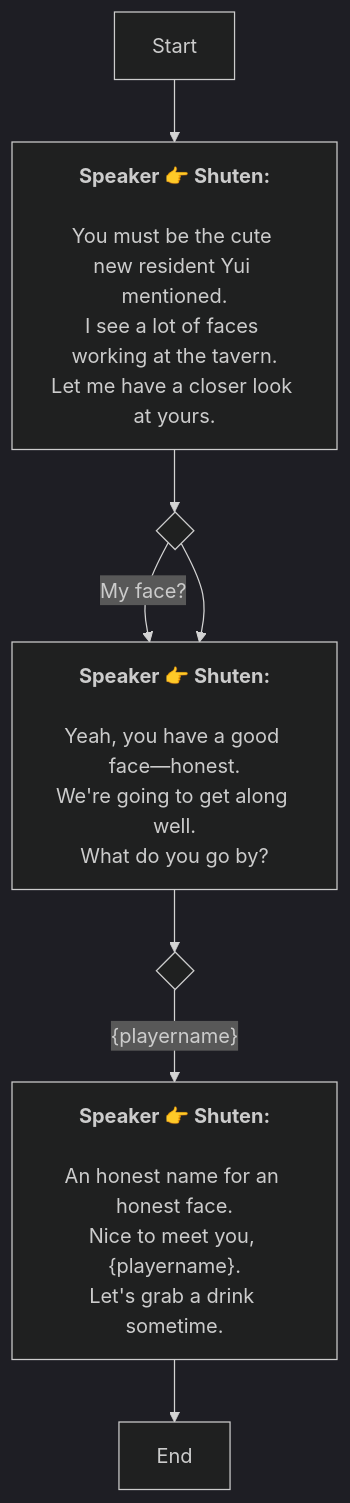
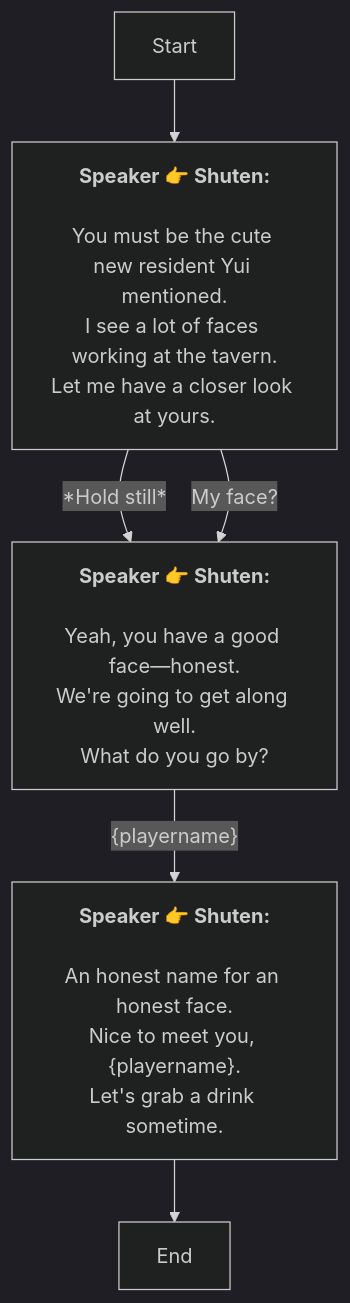
The diagram in En/AddDialogNode_1741889867296003.md (SoftHu/tos_avg), drawn with Mermaid (dark theme) before and after one commit. The commit also changed 737 other files, not shown here.

````diff
--- a/En/AddDialogNode_1741889867296003.md
+++ b/En/AddDialogNode_1741889867296003.md
@@ -1,27 +1,21 @@
 ```mermaid
 graph
 Start -->1741906499870021[<b>Speaker 👉 Shuten:</b>
-
-You must be the cute new resident Yui mentioned.
+\nYou must be the cute new resident Yui mentioned.
 I see a lot of faces working at the tavern.
 Let me have a closer look at yours.]
-1741906499870021 -->1769060621691928{ }
-1769060621691928 -->|My face?|1769060640365597[<b>Speaker 👉 Shuten:</b>
-
-Yeah, you have a good face—honest.
+1741906499870021 -->|*Hold still*|1769060640365597[<b>Speaker 👉 Shuten:</b>
+\nYeah, you have a good face—honest.
 We're going to get along well.
 What do you go by?]
-1769060621691928 -->1769060640365597[<b>Speaker 👉 Shuten:</b>
-
-Yeah, you have a good face—honest.
+1741906499870021 -->|My face?|1769060640365597[<b>Speaker 👉 Shuten:</b>
+\nYeah, you have a good face—honest.
 We're going to get along well.
 What do you go by?]
-1769060640365597 -->1769060656456738{ }
-1769060656456738 -->|&lbrace;playername&rbrace;|1769060667145251[<b>Speaker 👉 Shuten:</b>
-
-An honest name for an honest face.
+1769060640365597 -->|&lbrace;playername&rbrace;|1769060667145251[<b>Speaker 👉 Shuten:</b>
+\nAn honest name for an honest face.
 Nice to meet you, &lbrace;playername&rbrace;.
 Let's grab a drink sometime.  ]
 1769060667145251 -->1741908338957638[End]
 
- ```
+```
````
